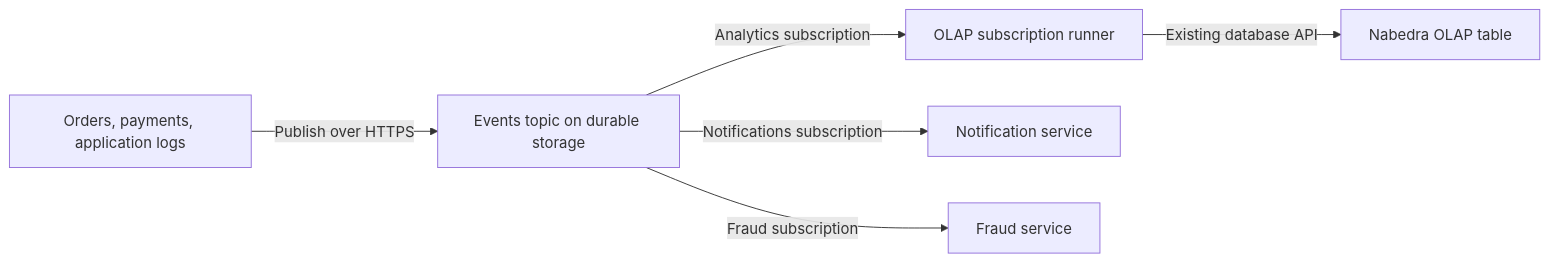
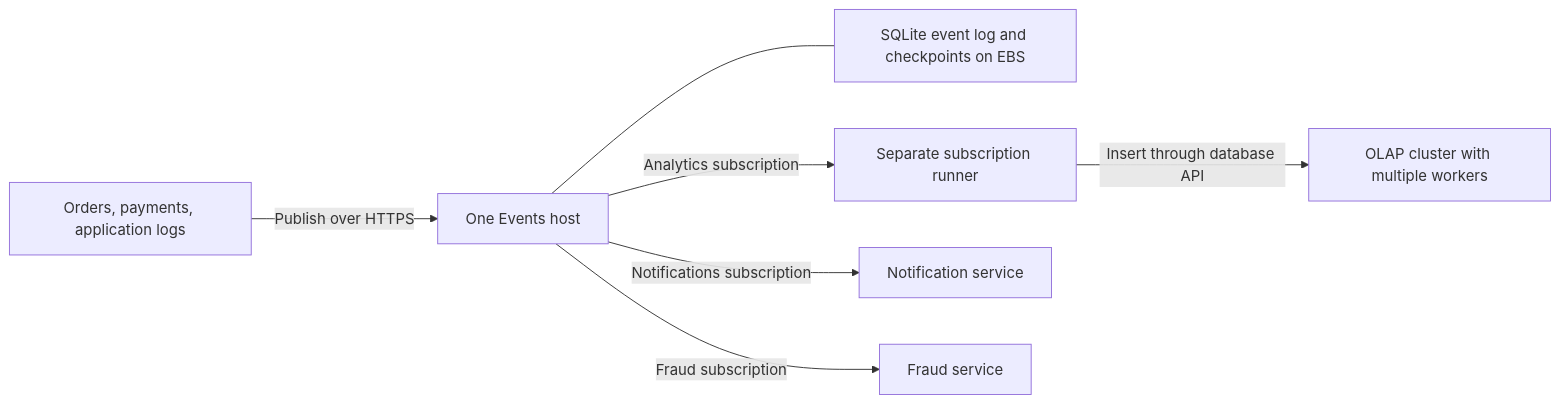
The diagram in plans/events.md (nabedra/database), drawn with Mermaid before and after one commit. The commit also changed other lines of this file, not shown here.

Commit message:
[docs] clarify Events and OLAP deployment boundaries

````diff
--- a/plans/events.md
+++ b/plans/events.md
@@ -100,8 +102,9 @@
 ```mermaid
 flowchart LR
-    P[Orders, payments, application logs] -->|Publish over HTTPS| E[Events topic on durable storage]
-    E -->|Analytics subscription| S[OLAP subscription runner]
-    S -->|Existing database API| D[Nabedra OLAP table]
+    P[Orders, payments, application logs] -->|Publish over HTTPS| E[One Events host]
+    E --- V[SQLite event log and checkpoints on EBS]
+    E -->|Analytics subscription| S[Separate subscription runner]
+    S -->|Insert through database API| D[OLAP cluster with multiple workers]
     E -->|Notifications subscription| N[Notification service]
     E -->|Fraud subscription| F[Fraud service]
 ```
````
